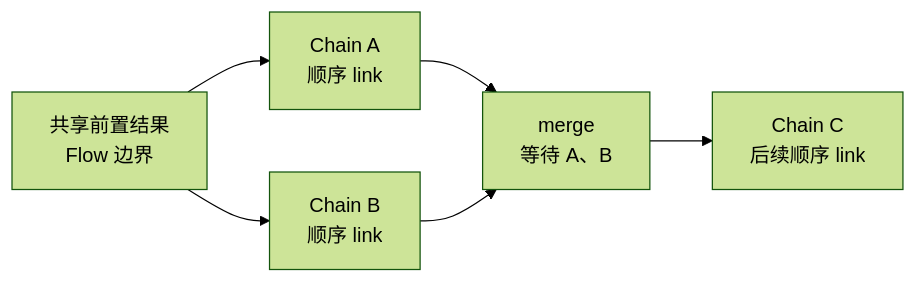
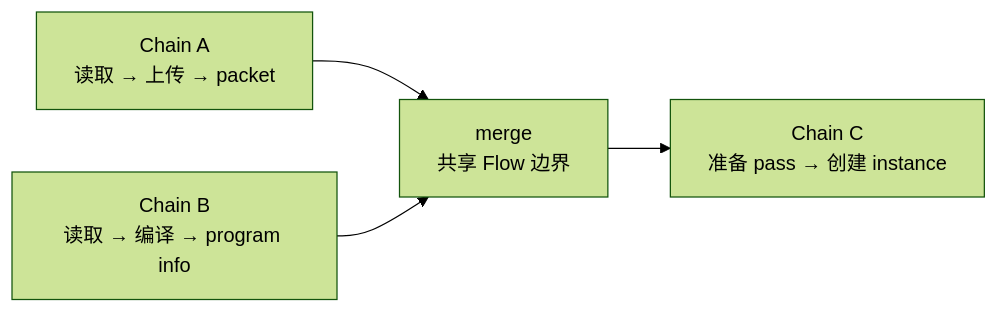
One commit to mmmmmcree/LCFEngine changed the diagram in agent-workspace/docs/async_task_chain_flow_interop.md. Above: the diagram before and after it, drawn with Mermaid (forest theme). The commit also changed other lines of this file and 10 other files, not shown here.

```diff
--- a/agent-workspace/docs/async_task_chain_flow_interop.md
+++ b/agent-workspace/docs/async_task_chain_flow_interop.md
@@ -28,8 +48,6 @@
 ~~~mermaid
 flowchart LR
-    P["共享前置结果<br/>Flow 边界"] --> A["Chain A<br/>顺序 link"]
-    P --> B["Chain B<br/>顺序 link"]
-    A --> M["merge<br/>等待 A、B"]
-    B --> M
-    M --> C["Chain C<br/>后续顺序 link"]
+    A["Chain A<br/>读取 → 上传 → packet"] --> M["merge<br/>共享 Flow 边界"]
+    B["Chain B<br/>读取 → 编译 → program info"] --> M
+    M --> C["Chain C<br/>准备 pass → 创建 instance"]
 ~~~
```
